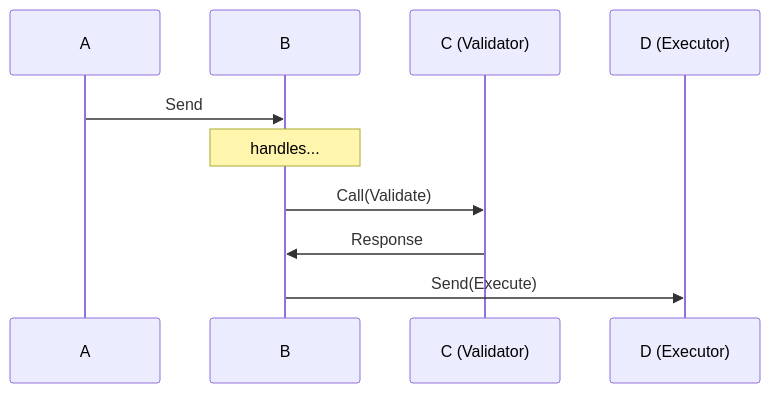
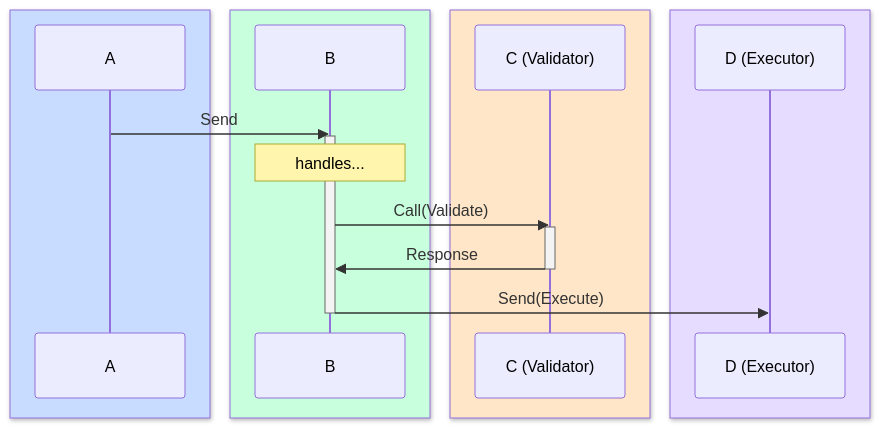
One commit to ergo-services/ergo changed the eighth of 9 diagrams in docs/advanced/distributed-tracing.md. Above: the diagram before and after it, drawn with Mermaid. The commit also changed other lines of this file, not shown here.

````diff
--- a/docs/advanced/distributed-tracing.md
+++ b/docs/advanced/distributed-tracing.md
@@ -816,13 +838,25 @@
 ```mermaid
 sequenceDiagram
+    box rgb(200,220,255)  
     participant A
+    end
+    box rgb(200,255,220)  
     participant B
+    end
+    box rgb(255,230,200)  
     participant C as C (Validator)
+    end
+    box rgb(230,220,255)  
     participant D as D (Executor)
+    end
 
     A->>B: Send
+    activate B
     Note over B: handles...
     B->>C: Call(Validate)
+    activate C
     C->>B: Response
+    deactivate C
     B->>D: Send(Execute)
+    deactivate B
 ```
````
